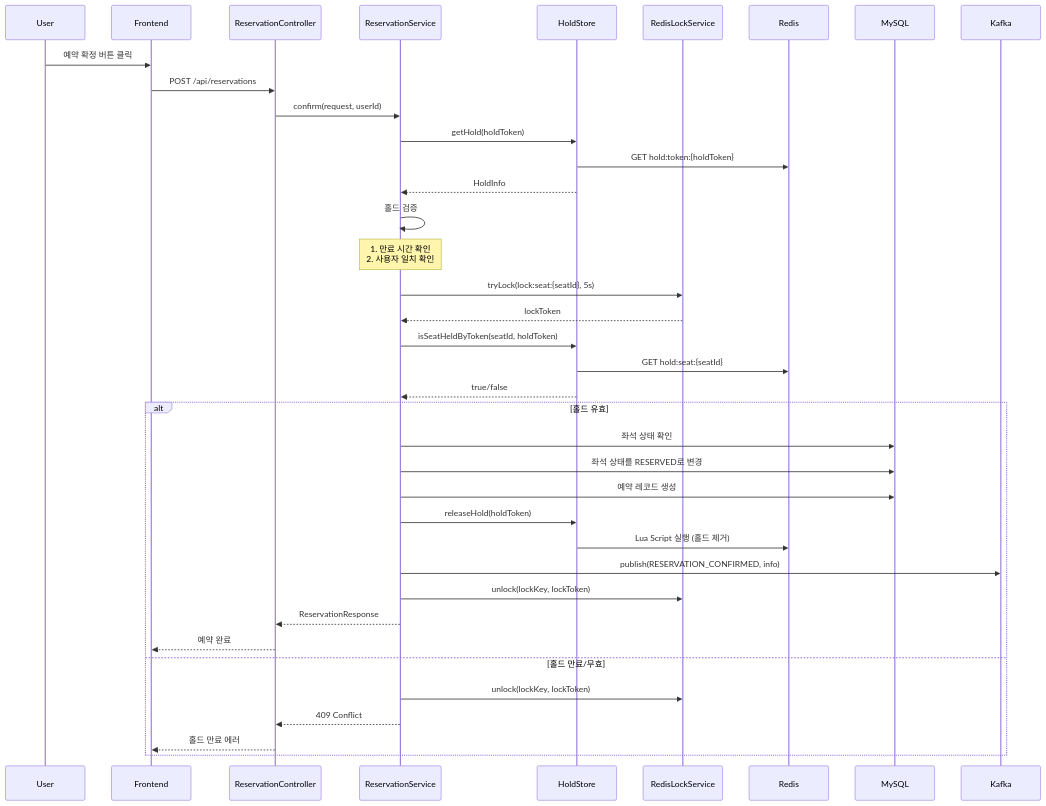
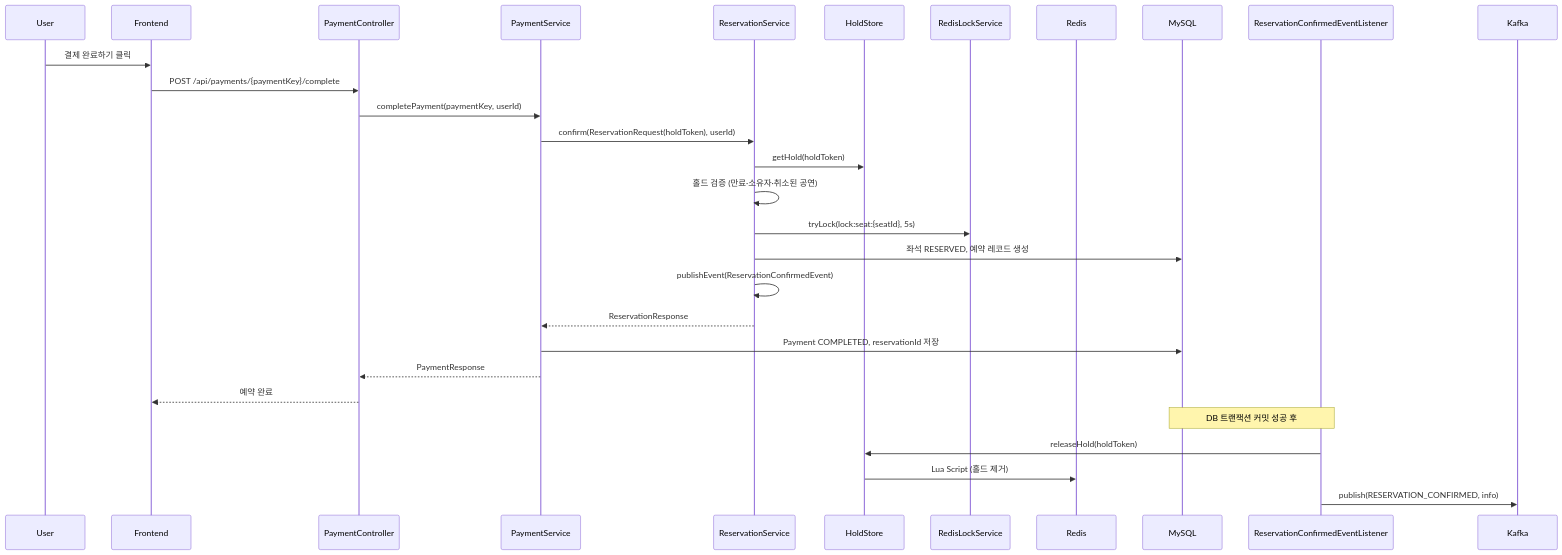
One commit to kiy3035/Ticketing changed the fifth of 12 diagrams in docs/architecture.md. Above: the diagram before and after it, drawn with Mermaid. The commit also changed other lines of this file and 17 other files, not shown here.

````diff
--- a/docs/architecture.md
+++ b/docs/architecture.md
@@ -304,46 +307,34 @@
 ```mermaid
 sequenceDiagram
     participant U as User
     participant FE as Frontend
-    participant API as ReservationController
+    participant API as PaymentController
+    participant PSvc as PaymentService
     participant RSvc as ReservationService
     participant Store as HoldStore
     participant Lock as RedisLockService
     participant R as Redis
     participant DB as MySQL
+    participant Listener as ReservationConfirmedEventListener
     participant K as Kafka
 
-    U->>FE: 예약 확정 버튼 클릭
-    FE->>API: POST /api/reservations
-    API->>RSvc: confirm(request, userId)
+    U->>FE: 결제 완료하기 클릭
+    FE->>API: POST /api/payments/{paymentKey}/complete
+    API->>PSvc: completePayment(paymentKey, userId)
+    PSvc->>RSvc: confirm(ReservationRequest(holdToken), userId)
     
     RSvc->>Store: getHold(holdToken)
-    Store->>R: GET hold:token:{holdToken}
-    Store-->>RSvc: HoldInfo
-    
-    RSvc->>RSvc: 홀드 검증
-    Note over RSvc: 1. 만료 시간 확인<br/>2. 사용자 일치 확인
-    
+    RSvc->>RSvc: 홀드 검증 (만료·소유자·취소된 공연)
     RSvc->>Lock: tryLock(lock:seat:{seatId}, 5s)
-    Lock-->>RSvc: lockToken
-    
-    RSvc->>Store: isSeatHeldByToken(seatId, holdToken)
-    Store->>R: GET hold:seat:{seatId}
-    Store-->>RSvc: true/false
-    
-    alt 홀드 유효
-        RSvc->>DB: 좌석 상태 확인
-        RSvc->>DB: 좌석 상태를 RESERVED로 변경
-        RSvc->>DB: 예약 레코드 생성
-        RSvc->>Store: releaseHold(holdToken)
-        Store->>R: Lua Script 실행 (홀드 제거)
-        RSvc->>K: publish(RESERVATION_CONFIRMED, info)
-        RSvc->>Lock: unlock(lockKey, lockToken)
-        RSvc-->>API: ReservationResponse
-        API-->>FE: 예약 완료
-    else 홀드 만료/무효
-        RSvc->>Lock: unlock(lockKey, lockToken)
-        RSvc-->>API: 409 Conflict
-        API-->>FE: 홀드 만료 에러
-    end
+    RSvc->>DB: 좌석 RESERVED, 예약 레코드 생성
+    RSvc->>RSvc: publishEvent(ReservationConfirmedEvent)
+    RSvc-->>PSvc: ReservationResponse
+    PSvc->>DB: Payment COMPLETED, reservationId 저장
+    PSvc-->>API: PaymentResponse
+    API-->>FE: 예약 완료
+
+    Note over DB,Listener: DB 트랜잭션 커밋 성공 후
+    Listener->>Store: releaseHold(holdToken)
+    Store->>R: Lua Script (홀드 제거)
+    Listener->>K: publish(RESERVATION_CONFIRMED, info)
 ```
````
